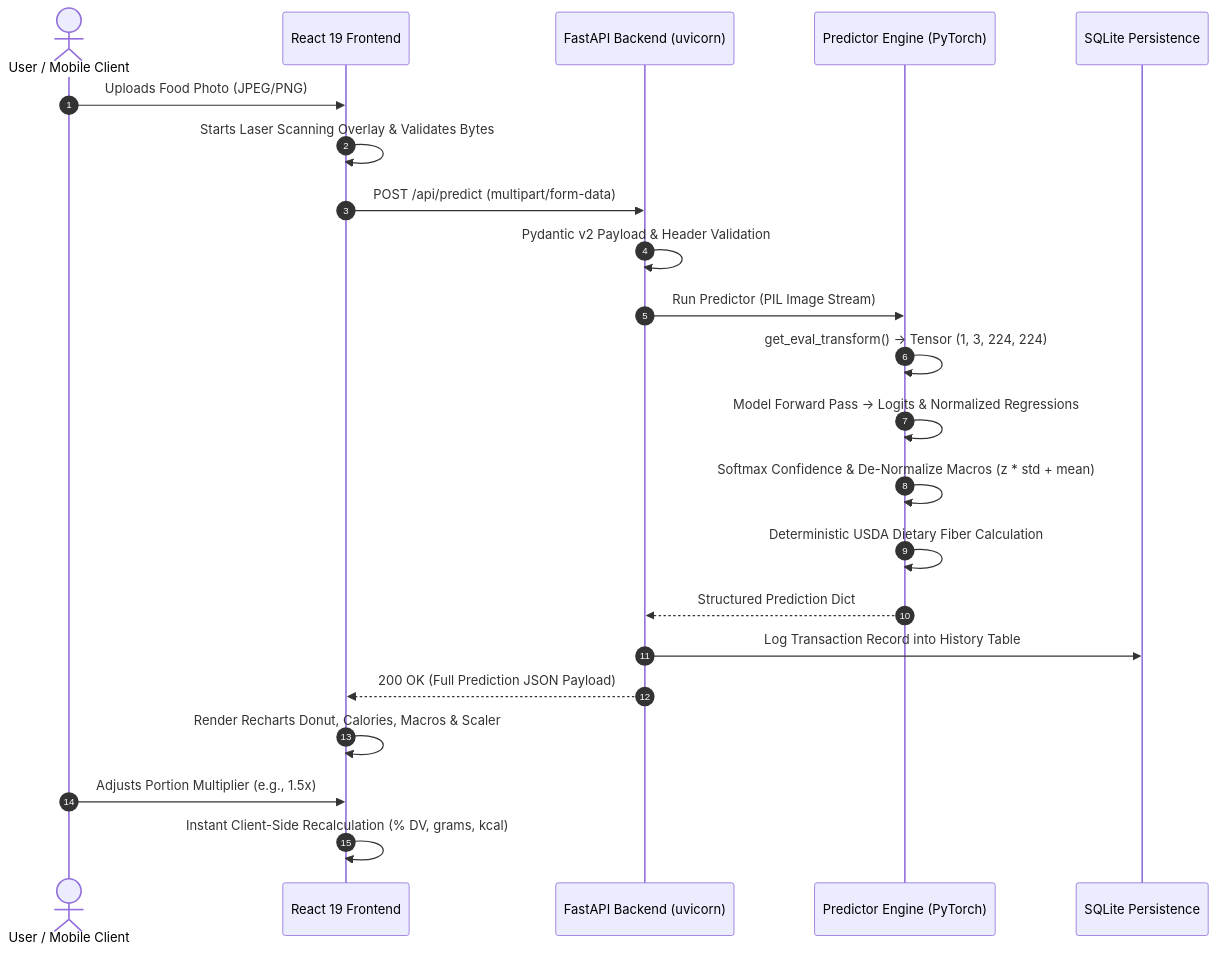
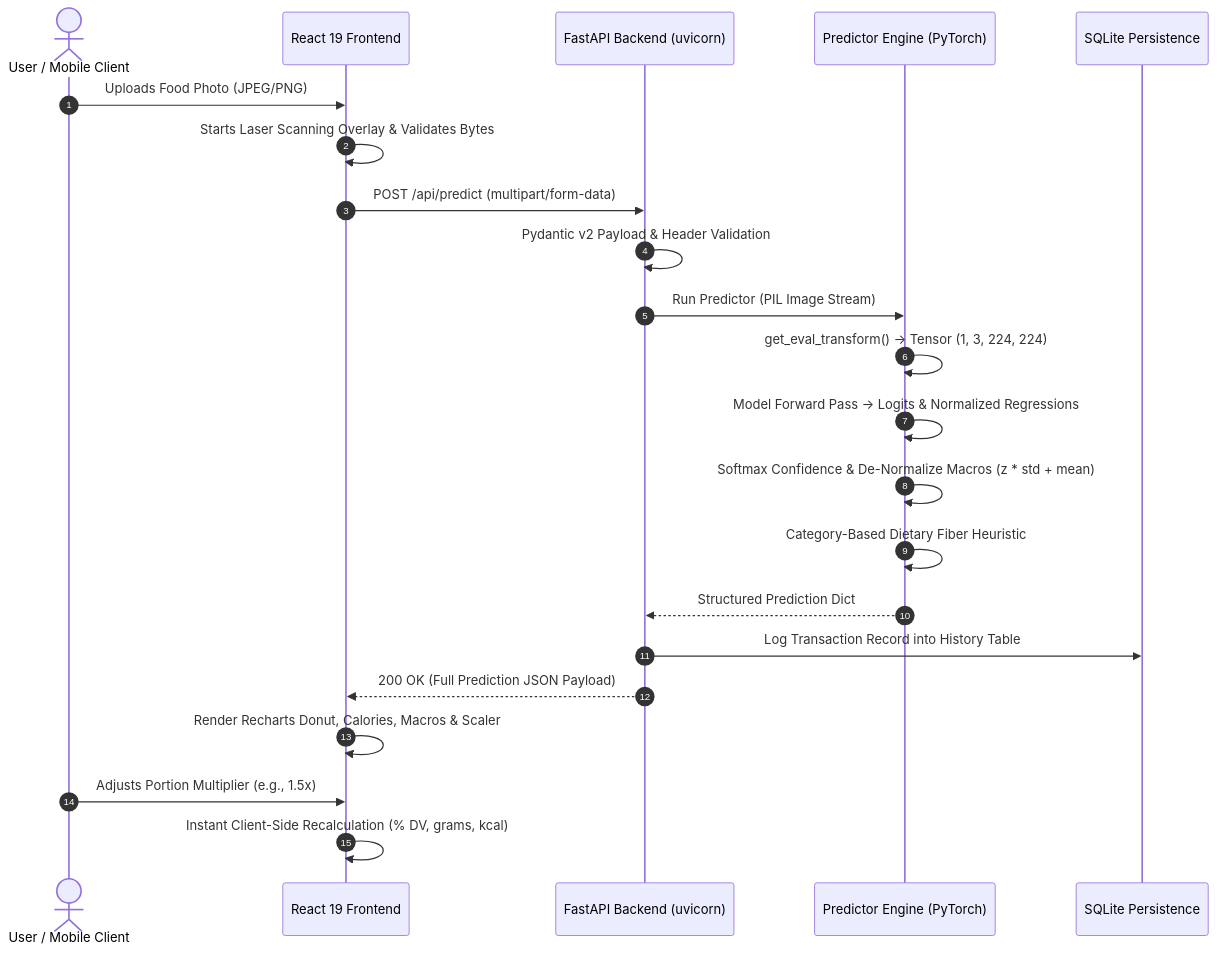
One commit to KARANVISHWAJYOTH/Food-Image-Calorie-Estimator changed the fourth of 4 diagrams in VIVA_2_PREPARATION_GUIDE.md. Above: the diagram before and after it, drawn with Mermaid. The commit also changed other lines of this file and 35 other files, not shown here.

````diff
--- a/VIVA_2_PREPARATION_GUIDE.md
+++ b/VIVA_2_PREPARATION_GUIDE.md
@@ -633,25 +635,25 @@
 ```mermaid
 sequenceDiagram
     autonumber
     actor User as User / Mobile Client
     participant UI as React 19 Frontend
     participant API as FastAPI Backend (uvicorn)
     participant Engine as Predictor Engine (PyTorch)
     participant DB as SQLite Persistence
 
     User->>UI: Uploads Food Photo (JPEG/PNG)
     UI->>UI: Starts Laser Scanning Overlay & Validates Bytes
     UI->>API: POST /api/predict (multipart/form-data)
     API->>API: Pydantic v2 Payload & Header Validation
     API->>Engine: Run Predictor (PIL Image Stream)
     Engine->>Engine: get_eval_transform() -> Tensor (1, 3, 224, 224)
     Engine->>Engine: Model Forward Pass -> Logits & Normalized Regressions
     Engine->>Engine: Softmax Confidence & De-Normalize Macros (z * std + mean)
-    Engine->>Engine: Deterministic USDA Dietary Fiber Calculation
+    Engine->>Engine: Category-Based Dietary Fiber Heuristic
     Engine-->>API: Structured Prediction Dict
     API->>DB: Log Transaction Record into History Table
     API-->>UI: 200 OK (Full Prediction JSON Payload)
     UI->>UI: Render Recharts Donut, Calories, Macros & Scaler
     User->>UI: Adjusts Portion Multiplier (e.g., 1.5x)
     UI->>UI: Instant Client-Side Recalculation (% DV, grams, kcal)
 ```
````
